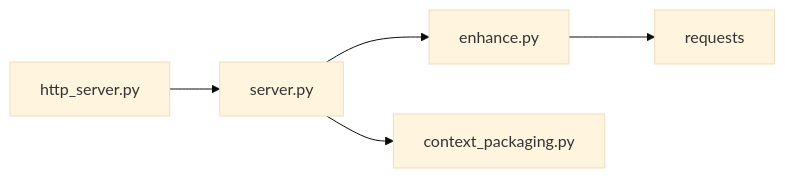
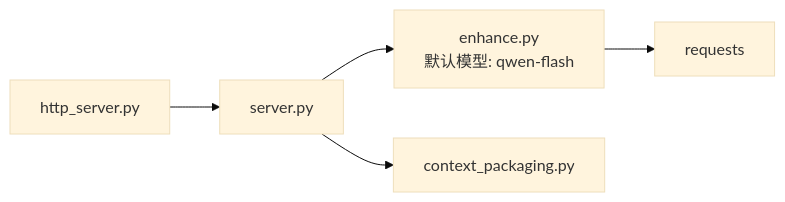
Before and after one commit to WyRainBow/PromptCocoPilot: the fourth of 4 diagrams in .qoder/repowiki/zh/content/核心架构/MCP 服务器.md, drawn with Mermaid (base theme). The commit also changed other lines of this file and 57 other files, not shown here.

````diff
--- a/.qoder/repowiki/zh/content/核心架构/MCP 服务器.md
+++ b/.qoder/repowiki/zh/content/核心架构/MCP 服务器.md
@@ -355,7 +371,7 @@
 ```mermaid
 graph LR
-Server["server.py"] --> Enhance["enhance.py"]
+Server["server.py"] --> Enhance["enhance.py<br/>默认模型: qwen-flash"]
 Server --> Ctx["context_packaging.py"]
 HTTP["http_server.py"] --> Server
 Enhance --> Requests["requests"]
 ```
````
